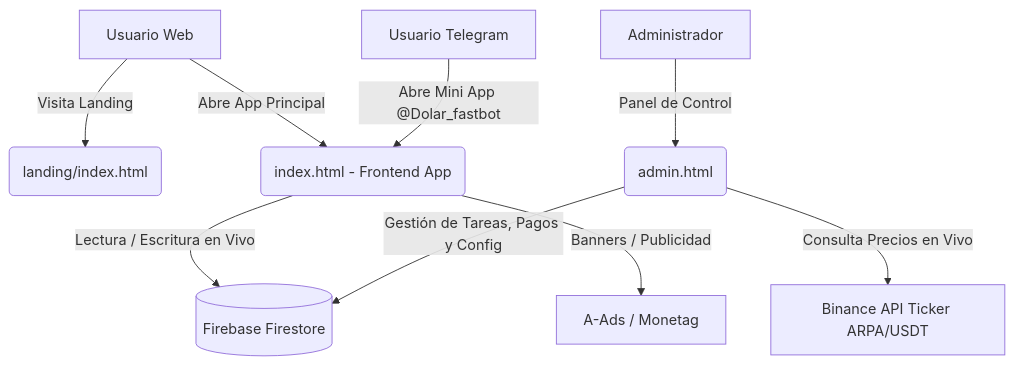
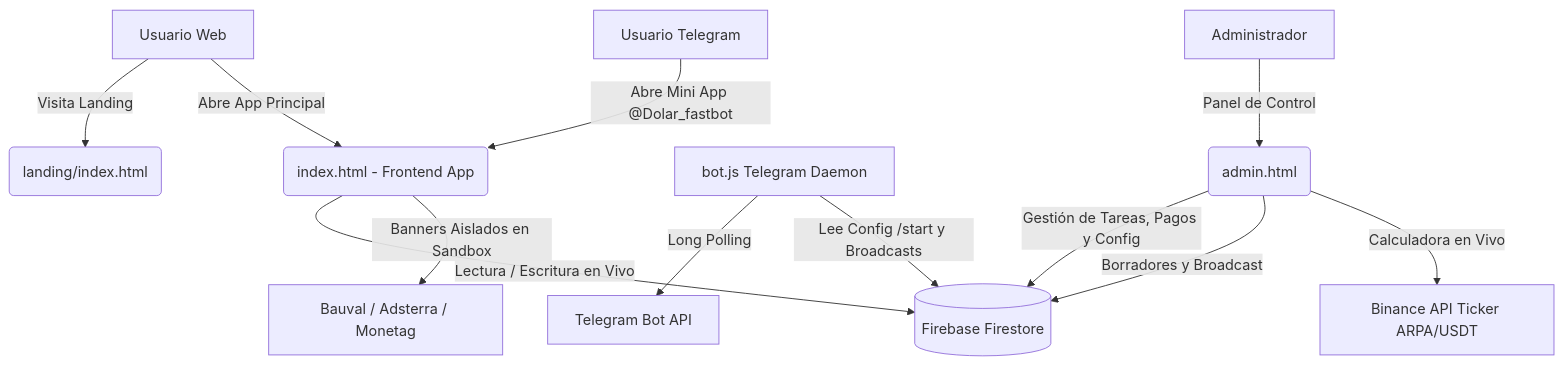
One commit to wuisem051/fast-claim changed the diagram in README.md. Above: the diagram before and after it, drawn with Mermaid. The commit also changed other lines of this file and 1 other file, not shown here.

````diff
--- a/README.md
+++ b/README.md
@@ -54,11 +66,14 @@
 ```mermaid
 graph TD
     A[Usuario Web] -->|Visita Landing| B(landing/index.html)
     A -->|Abre App Principal| C(index.html - Frontend App)
     T[Usuario Telegram] -->|Abre Mini App @Dolar_fastbot| C
-    C -->|Lectura / Escritura en Vivo| F[(Firebase Firestore)]
-    C -->|Banners / Publicidad| Ads[A-Ads / Monetag]
+    Bot[bot.js Telegram Daemon] -->|Long Polling| TGAPI[Telegram Bot API]
+    Bot -->|Lee Config /start y Broadcasts| F[(Firebase Firestore)]
+    C -->|Lectura / Escritura en Vivo| F
+    C -->|Banners Aislados en Sandbox| Ads[Bauval / Adsterra / Monetag]
     Adm[Administrador] -->|Panel de Control| E(admin.html)
     E -->|Gestión de Tareas, Pagos y Config| F
-    E -->|Consulta Precios en Vivo| BinAPI[Binance API Ticker ARPA/USDT]
+    E -->|Borradores y Broadcast| F
+    E -->|Calculadora en Vivo| BinAPI[Binance API Ticker ARPA/USDT]
 ```
````
